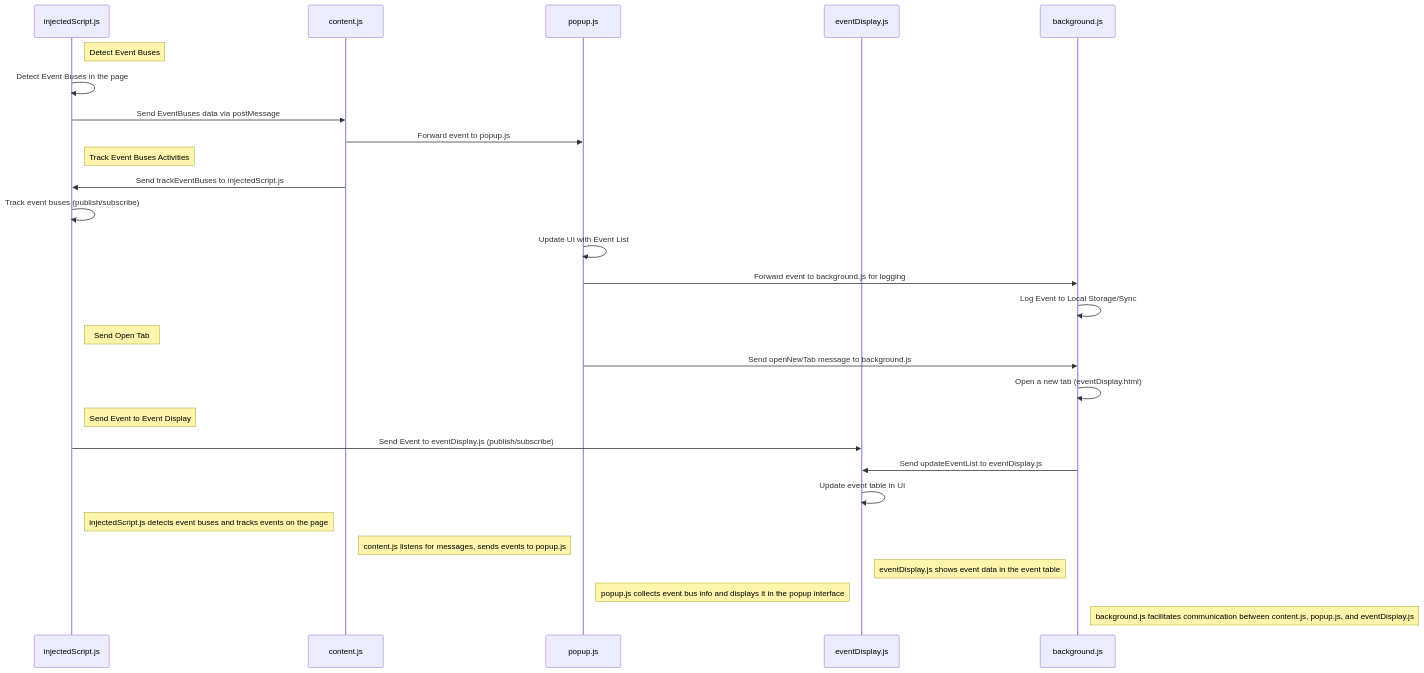
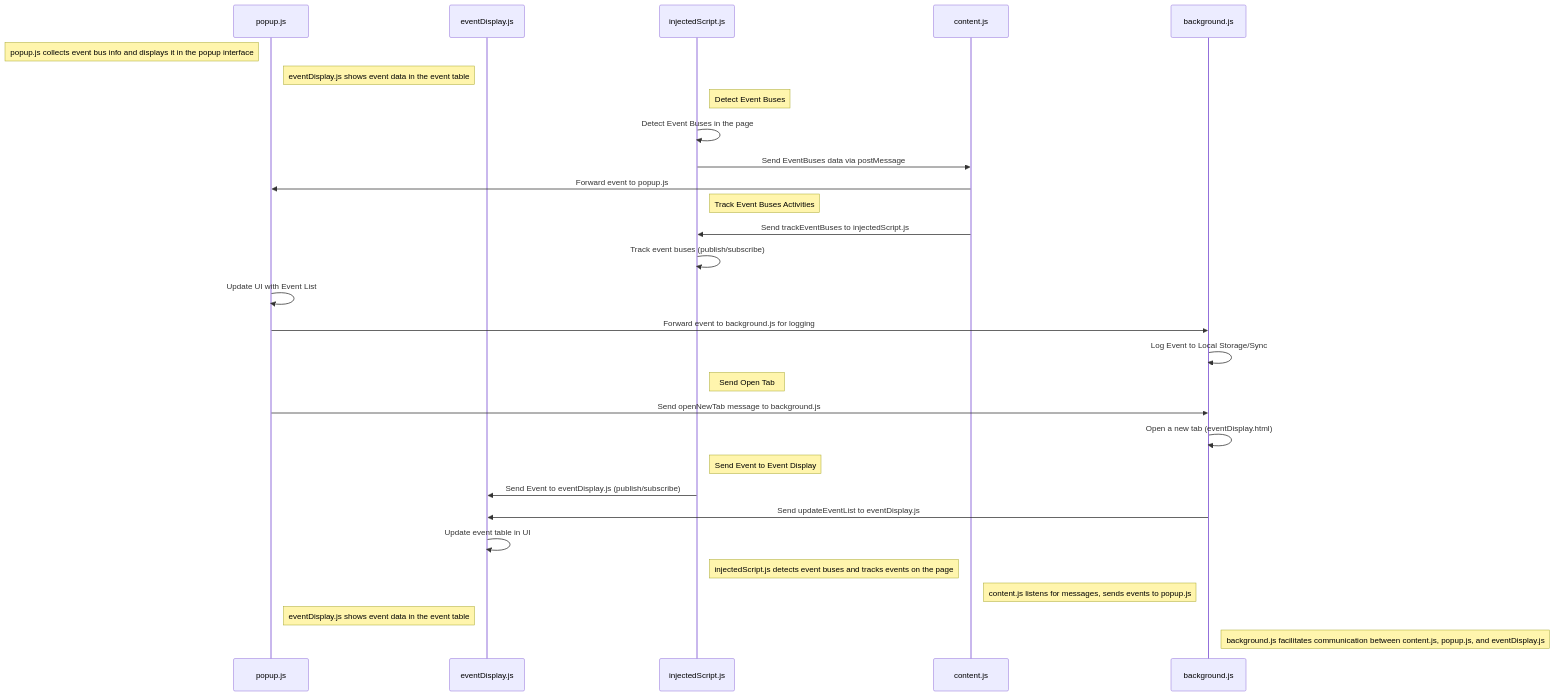
The diagram in README.md (anothermarkus/eventbusinspector), drawn with Mermaid before and after one commit.

````diff
--- a/README.md
+++ b/README.md
@@ -16,35 +16,36 @@
 ```mermaid
 sequenceDiagram
+    participant popup.js
+    participant eventDisplay.js
     participant injectedScript.js
     participant content.js
-    participant popup.js
-    participant eventDisplay.js
     participant background.js
 
+    note left of popup.js: popup.js collects event bus info and displays it in the popup interface
+    note left of eventDisplay.js: eventDisplay.js shows event data in the event table
     note right of injectedScript.js: Detect Event Buses
     injectedScript.js->>injectedScript.js: Detect Event Buses in the page
     injectedScript.js->>content.js: Send EventBuses data via postMessage
     content.js->>popup.js: Forward event to popup.js
 
     note right of injectedScript.js: Track Event Buses Activities
     content.js->>injectedScript.js: Send trackEventBuses to injectedScript.js
     injectedScript.js->>injectedScript.js: Track event buses (publish/subscribe)
     popup.js->>popup.js: Update UI with Event List
     popup.js->>background.js: Forward event to background.js for logging
     background.js->>background.js: Log Event to Local Storage/Sync
 
     note right of injectedScript.js: Send Open Tab
     popup.js->>background.js: Send openNewTab message to background.js
     background.js->>background.js: Open a new tab (eventDisplay.html)
 
     note right of injectedScript.js: Send Event to Event Display
     injectedScript.js->>eventDisplay.js: Send Event to eventDisplay.js (publish/subscribe)
     background.js->>eventDisplay.js: Send updateEventList to eventDisplay.js
     eventDisplay.js->>eventDisplay.js: Update event table in UI
 
     note right of injectedScript.js: injectedScript.js detects event buses and tracks events on the page
     note right of content.js: content.js listens for messages, sends events to popup.js
-    note right of eventDisplay.js: eventDisplay.js shows event data in the event table
-    note right of popup.js: popup.js collects event bus info and displays it in the popup interface
+    note left of eventDisplay.js: eventDisplay.js shows event data in the event table
     note right of background.js: background.js facilitates communication between content.js, popup.js, and eventDisplay.js
 ```
````
